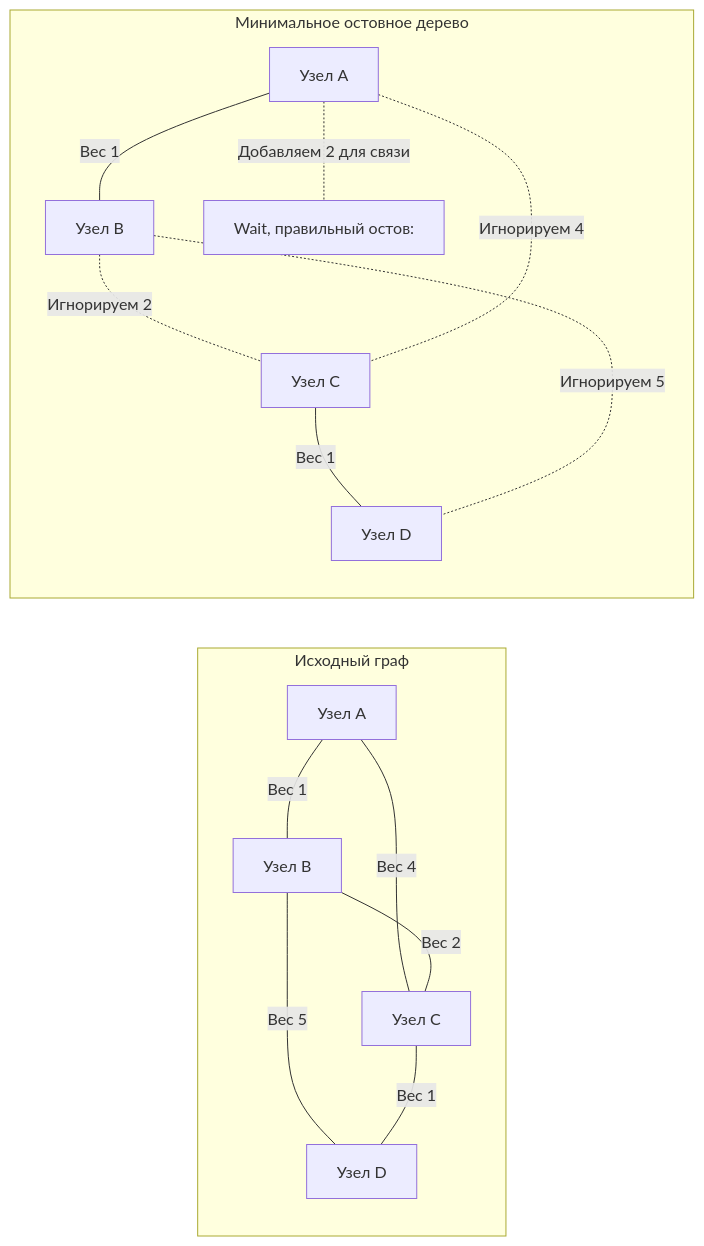
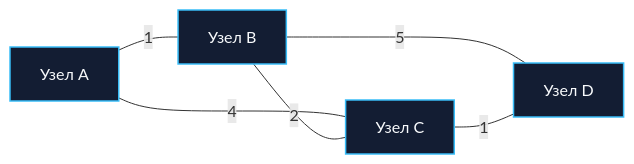
Before and after one commit to UnrealTemplier/go-textbook: the first of 2 diagrams in sources/20. Алгоритмы и структуры данных (DSA) на Go/11. Графы/8. Минимальное остовное дерево. Алгоритм Крускала.md, drawn with Mermaid. The commit also changed other lines of this file, not shown here.

````diff
--- a/sources/20. Алгоритмы и структуры данных (DSA) на Go/11. Графы/8. Минимальное остовное дерево. Алгоритм Крускала.md
+++ b/sources/20. Алгоритмы и структуры данных (DSA) на Go/11. Графы/8. Минимальное остовное дерево. Алгоритм Крускала.md
@@ -14,19 +20,10 @@
 ```mermaid
 flowchart LR
-    subgraph Исходный граф
-        A1["Узел A"] ---|"Вес 1"| B1["Узел B"]
-        A1 ---|"Вес 4"| C1["Узел C"]
-        B1 ---|"Вес 2"| C1
-        B1 ---|"Вес 5"| D1["Узел D"]
-        C1 ---|"Вес 1"| D1
-    end
-    
-    subgraph Минимальное остовное дерево
-        A2["Узел A"] ---|"Вес 1"| B2["Узел B"]
-        B2 -.-|"Игнорируем 2"| C2["Узел C"]
-        A2 -.-|"Игнорируем 4"| C2
-        C2 ---|"Вес 1"| D2["Узел D"]
-        B2 -.-|"Игнорируем 5"| D2
-        A2 -.-|"Добавляем 2 для связи"| C2_alt["Wait, правильный остов:"]
-    end
+    A1["Узел A"] ---|"1"| B1["Узел B"]
+    A1 ---|"4"| C1["Узел C"]
+    B1 ---|"2"| C1
+    B1 ---|"5"| D1["Узел D"]
+    C1 ---|"1"| D1
+
+    classDef default fill:#131d33,stroke:#38bdf8,stroke-width:1.5px,color:#f8fafc;
 ```
````
